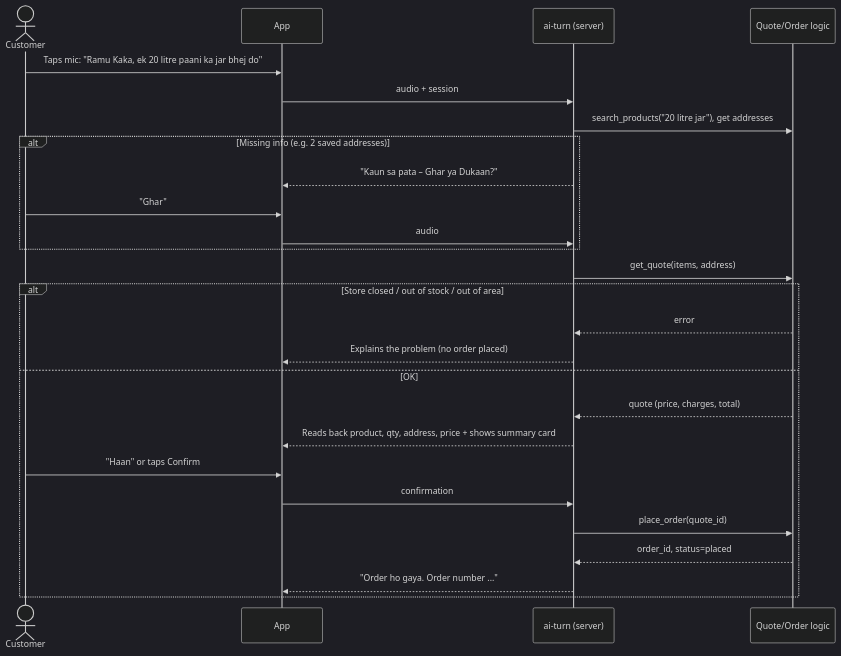
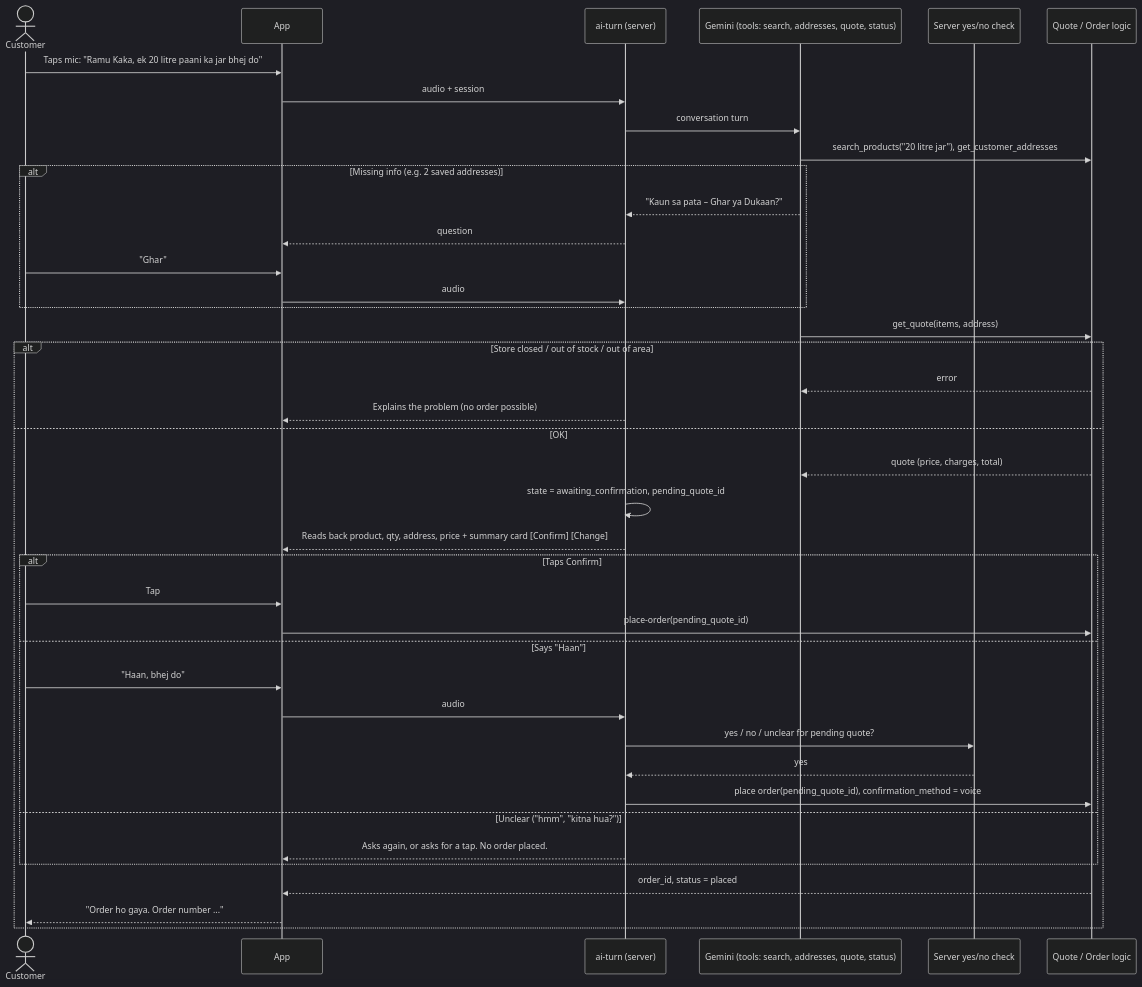
One commit to flexirl/Ramukaka changed the second of 4 diagrams in docs/USER_FLOWS.md. Above: the diagram before and after it, drawn with Mermaid (dark theme). The commit also changed other lines of this file and 12 other files, not shown here.

````diff
--- a/docs/USER_FLOWS.md
+++ b/docs/USER_FLOWS.md
@@ -31,28 +34,42 @@
 ```mermaid
 sequenceDiagram
   actor C as Customer
   participant App
   participant AI as ai-turn (server)
-  participant BE as Quote/Order logic
+  participant G as Gemini (tools: search, addresses, quote, status)
+  participant CC as Server yes/no check
+  participant BE as Quote / Order logic
   C->>App: Taps mic: "Ramu Kaka, ek 20 litre paani ka jar bhej do"
   App->>AI: audio + session
-  AI->>BE: search_products("20 litre jar"), get addresses
+  AI->>G: conversation turn
+  G->>BE: search_products("20 litre jar"), get_customer_addresses
   alt Missing info (e.g. 2 saved addresses)
-    AI-->>App: "Kaun sa pata – Ghar ya Dukaan?"
+    G-->>AI: "Kaun sa pata – Ghar ya Dukaan?"
+    AI-->>App: question
     C->>App: "Ghar"
     App->>AI: audio
   end
-  AI->>BE: get_quote(items, address)
+  G->>BE: get_quote(items, address)
   alt Store closed / out of stock / out of area
-    BE-->>AI: error
-    AI-->>App: Explains the problem (no order placed)
+    BE-->>G: error
+    AI-->>App: Explains the problem (no order possible)
   else OK
-    BE-->>AI: quote (price, charges, total)
-    AI-->>App: Reads back product, qty, address, price + shows summary card
-    C->>App: "Haan" or taps Confirm
-    App->>AI: confirmation
-    AI->>BE: place_order(quote_id)
-    BE-->>AI: order_id, status=placed
-    AI-->>App: "Order ho gaya. Order number ..."
+    BE-->>G: quote (price, charges, total)
+    AI->>AI: state = awaiting_confirmation, pending_quote_id
+    AI-->>App: Reads back product, qty, address, price + summary card [Confirm] [Change]
+    alt Taps Confirm
+      C->>App: Tap
+      App->>BE: place-order(pending_quote_id)
+    else Says "Haan"
+      C->>App: "Haan, bhej do"
+      App->>AI: audio
+      AI->>CC: yes / no / unclear for pending quote?
+      CC-->>AI: yes
+      AI->>BE: place order(pending_quote_id), confirmation_method = voice
+    else Unclear ("hmm", "kitna hua?")
+      AI-->>App: Asks again, or asks for a tap. No order placed.
+    end
+    BE-->>App: order_id, status = placed
+    App-->>C: "Order ho gaya. Order number ..."
   end
 ```
````
